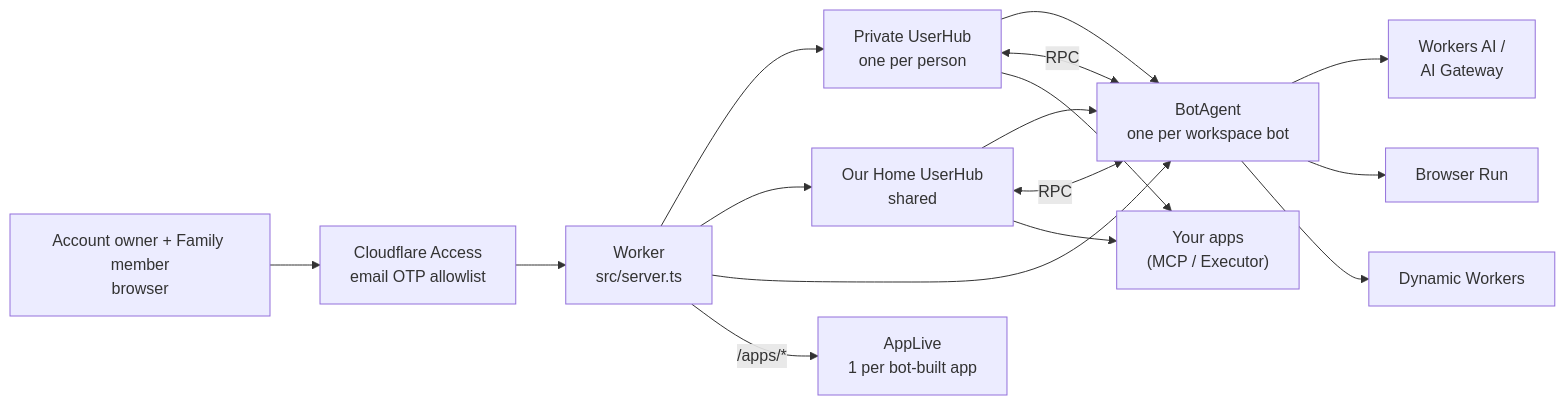
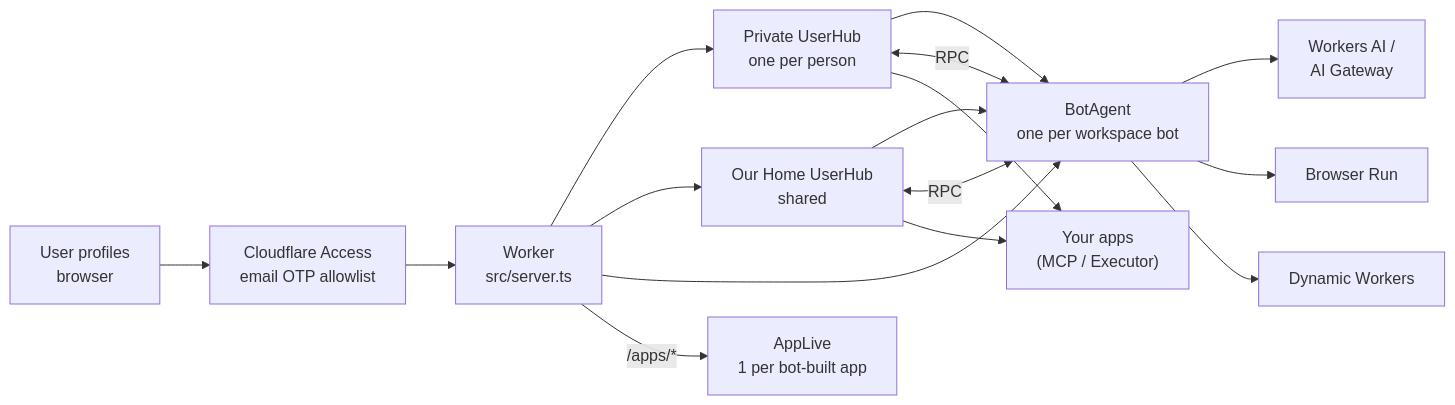
Before and after one commit to bharath31/coworkers: the first of 3 diagrams in README.md, drawn with Mermaid. The commit also changed other lines of this file and 6 other files, not shown here.

````diff
--- a/README.md
+++ b/README.md
@@ -22,26 +22,26 @@
 ```mermaid
 flowchart LR
-  UI["Account owner + Family member<br/>browser"]
+  UI["User profiles<br/>browser"]
   Access["Cloudflare Access<br/>email OTP allowlist"]
   W["Worker<br/>src/server.ts"]
   Private["Private UserHub<br/>one per person"]
   Home["Our Home UserHub<br/>shared"]
   Bot["BotAgent<br/>one per workspace bot"]
   Live["AppLive<br/>1 per bot-built app"]
 
   UI --> Access --> W
   W --> Private
   W --> Home
   Private --> Bot
   Home --> Bot
   W --> Bot
   W -- "/apps/*" --> Live
   Private <-- "RPC" --> Bot
   Home <-- "RPC" --> Bot
 
   Bot --> AI["Workers AI /<br/>AI Gateway"]
   Bot --> BR["Browser Run"]
   Bot --> DW["Dynamic Workers"]
   Private --> MCP["Your apps<br/>(MCP / Executor)"]
   Home --> MCP
 ```
````
